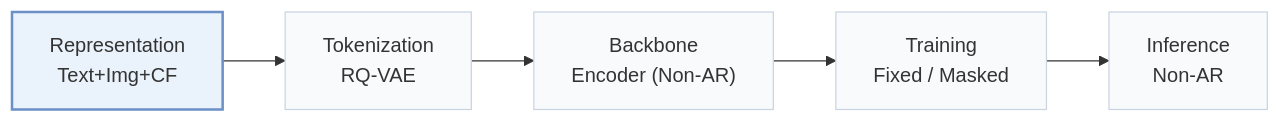
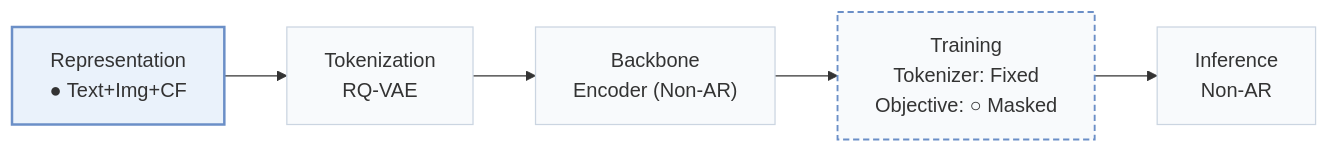
One commit to Galaxy-ghost/Awesome-SID-Generative-Rec changed the first of 2 diagrams in pages/papers/q-bert4rec.md. Above: the diagram before and after it, drawn with Mermaid. The commit also changed other lines of this file and 558 other files, not shown here.

````diff
--- a/pages/papers/q-bert4rec.md
+++ b/pages/papers/q-bert4rec.md
@@ -15,8 +19,10 @@
 ```mermaid
 flowchart LR
-    R["Representation<br/>Text+Img+CF"] --> T["Tokenization<br/>RQ-VAE"] --> B["Backbone<br/>Encoder (Non-AR)"] --> TR["Training<br/>Fixed / Masked"] --> I["Inference<br/>Non-AR"]
+    R["Representation<br/>● Text+Img+CF"] --> T["Tokenization<br/>RQ-VAE"] --> B["Backbone<br/>Encoder (Non-AR)"] --> TR["Training<br/>Tokenizer: Fixed<br/>Objective: ○ Masked"] --> I["Inference<br/>Non-AR"]
     classDef base fill:#f8fafc,stroke:#cbd5e1
     class R,T,B,TR,I base
+    classDef other fill:#f8fafc,stroke:#6b8fc7,stroke-width:1.5px,stroke-dasharray:5 3
+    class TR other
     classDef main fill:#eaf2fb,stroke:#6b8fc7,stroke-width:2px
     class R main
 ```
````
